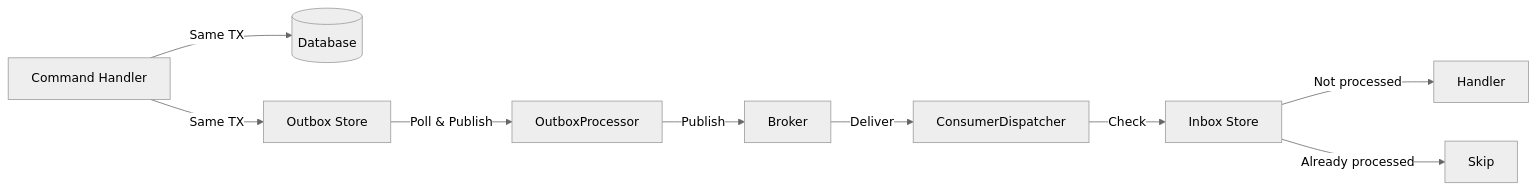
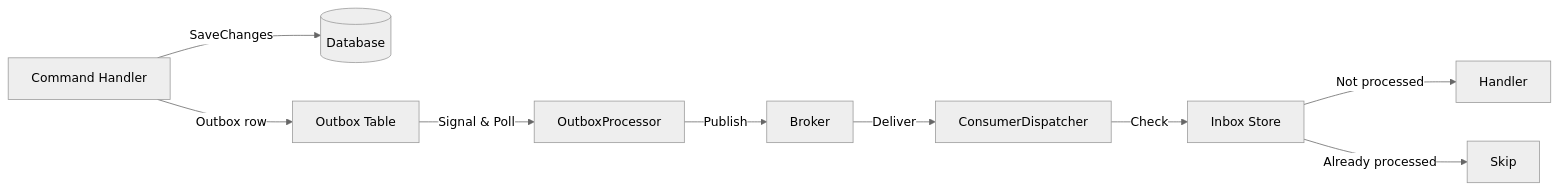
One commit to AdamWyatt34/Modulus changed the second of 2 diagrams in docs/messaging/inbox-pattern.md. Above: the diagram before and after it, drawn with Mermaid (neutral theme). The commit also changed other lines of this file and 44 other files, not shown here.

````diff
--- a/docs/messaging/inbox-pattern.md
+++ b/docs/messaging/inbox-pattern.md
@@ -265,11 +270,11 @@
 ```mermaid
 flowchart LR
-    A[Command Handler] -->|Same TX| B[(Database)]
-    A -->|Same TX| C[Outbox Store]
-    C -->|Poll & Publish| D[OutboxProcessor]
+    A[Command Handler] -->|SaveChanges| B[(Database)]
+    A -->|Outbox row| C[Outbox Table]
+    C -->|Signal & Poll| D[OutboxProcessor]
     D -->|Publish| E[Broker]
     E -->|Deliver| F[ConsumerDispatcher]
     F -->|Check| G[Inbox Store]
     G -->|Not processed| H[Handler]
     G -->|Already processed| I[Skip]
 ```
````
